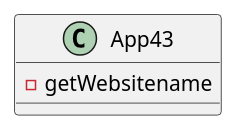
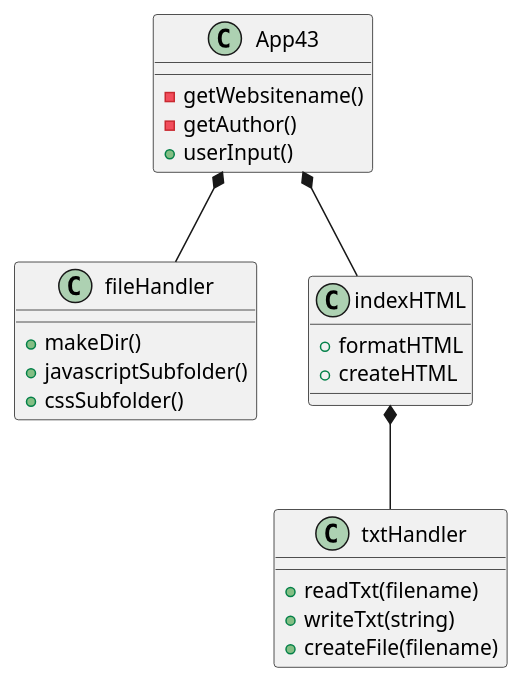
One commit to AndresCKF/Rosales-COP3330-Assignment3 changed the diagram in src/main/java/ex43/ex43-plant.puml. Above: the diagram before and after it, drawn with PlantUML. The commit also changed 15 other files, not shown here.

```diff
--- a/src/main/java/ex43/ex43-plant.puml
+++ b/src/main/java/ex43/ex43-plant.puml
@@ -1,8 +1,27 @@
 @startuml
 'https://plantuml.com/sequence-diagram
 
 class App43{
-    - getWebsitename
+    - getWebsitename()
+    - getAuthor()
+    + userInput()
 }
+class fileHandler{
+    + makeDir()
+    + javascriptSubfolder()
+    + cssSubfolder()
 
+}
+class txtHandler{
++ readTxt(filename)
+    + writeTxt(string)
+    + createFile(filename)
+}
+class indexHTML{
+    + formatHTML
+    + createHTML
+}
+App43 *-- fileHandler
+App43 *-- indexHTML
+indexHTML *-- txtHandler
 @enduml
```
